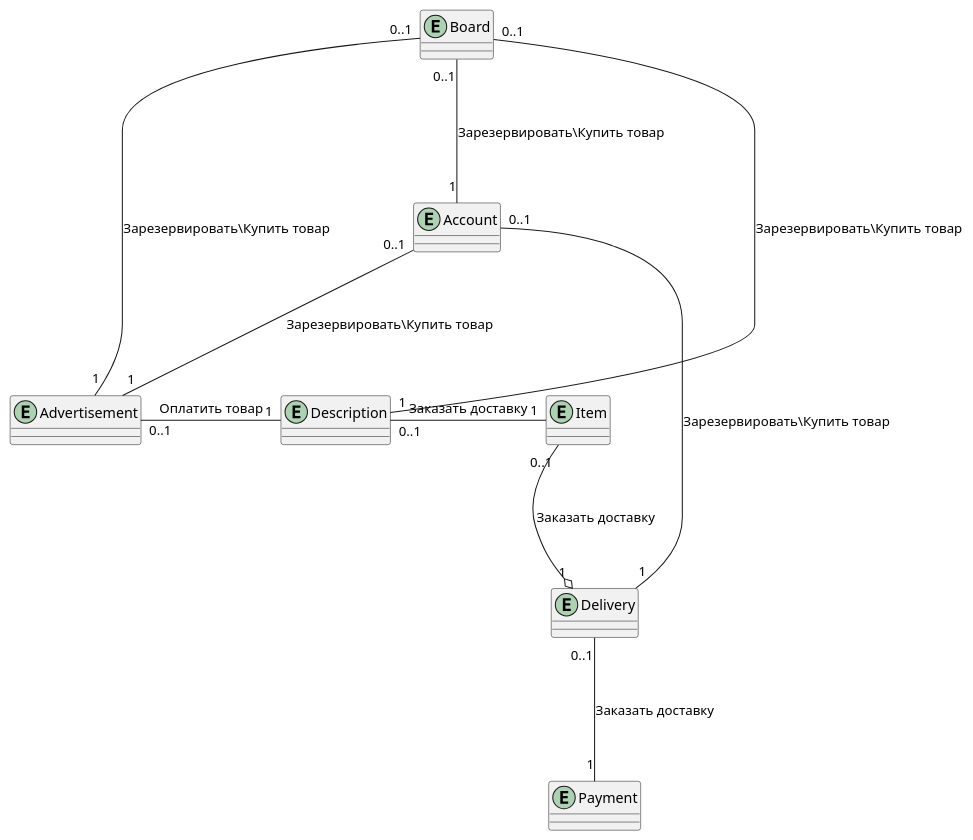
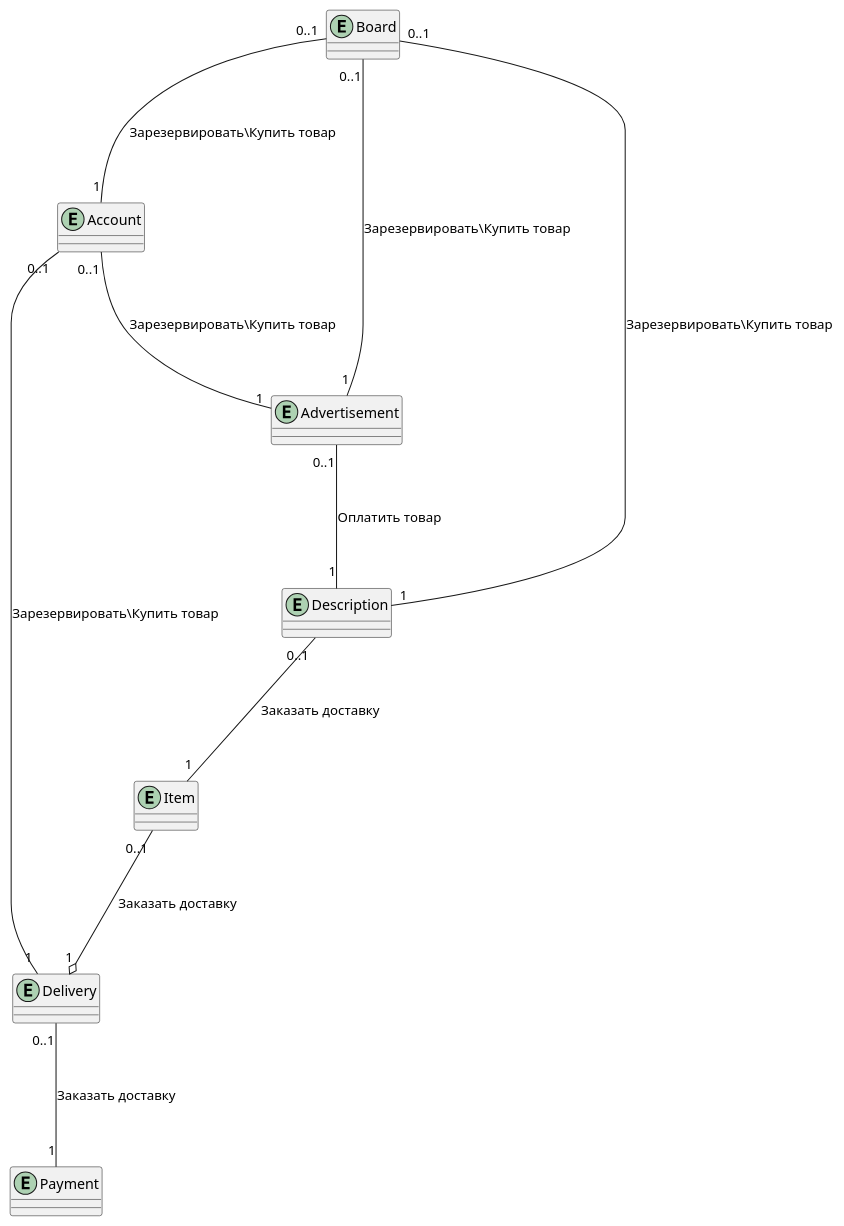
Before and after one commit to penamarth/bsbo-01-22_team1_var13: the diagram in Модель предметной области.md, drawn with PlantUML.

Commit message:
Update Модель предметной области.md

````diff
--- a/Модель предметной области.md
+++ b/Модель предметной области.md
@@ -1,58 +1,53 @@
 ```plantuml
 @startuml
-
 entity Board
 {
 
 }
 
 entity Account
 {
   
 }
 
 entity Advertisement
 {
     
     
 }
 
 entity Payment
 {
     
 }
 
 entity Delivery
 {
     
 }
 
 entity Item
 {
     
 }
 
 entity Description
 {
     
 }
 
 
 Board "0..1" -down-- "1" Account : Зарезервировать\Купить товар
 Board "0..1" -down-- "1" Description : Зарезервировать\Купить товар
 Board "0..1" -down-- "1" Advertisement : Зарезервировать\Купить товар
 Account "0..1" -down-- "1" Advertisement : Зарезервировать\Купить товар
 Account "0..1" -down-- "1" Delivery : Зарезервировать\Купить товар
 
-Advertisement "0..1" -right-- "1" Description : Оплатить товар
-Description "0..1" -right-- "1" Item : Заказать доставку
+Advertisement "0..1" -down-- "1" Description : Оплатить товар
+Description "0..1" -down-- "1" Item : Заказать доставку
 
 Item "0..1" -down--o "1" Delivery : Заказать доставку
 
 Delivery "0..1" -down-- "1" Payment : Заказать доставку
-
-
-
-
 @enduml
 ```
````
